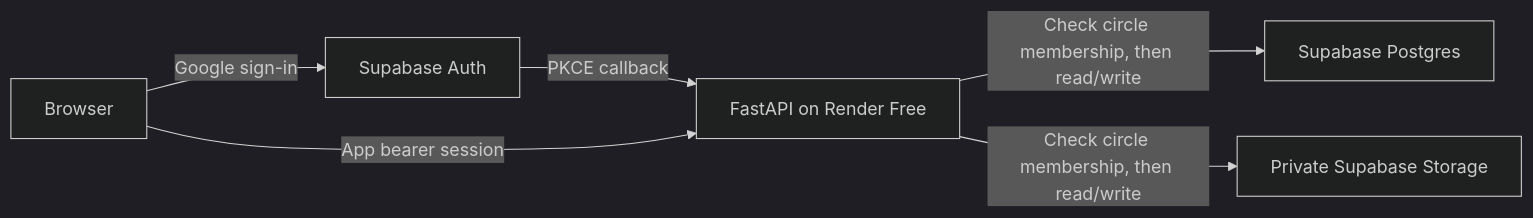
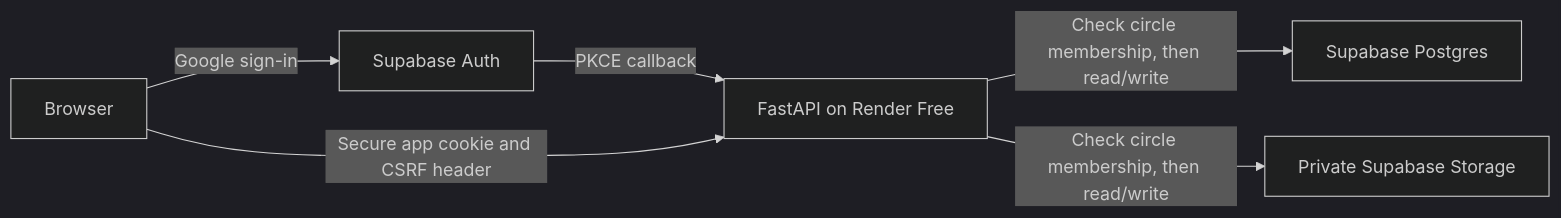
One commit to npai96/family_tree changed the diagram in docs/DEPLOY_FREE_DEMO.md. Above: the diagram before and after it, drawn with Mermaid (dark theme). The commit also changed other lines of this file and 33 other files, not shown here.

````diff
--- a/docs/DEPLOY_FREE_DEMO.md
+++ b/docs/DEPLOY_FREE_DEMO.md
@@ -5,8 +5,8 @@
 ```mermaid
 flowchart LR
     Browser -->|Google sign-in| Auth[Supabase Auth]
     Auth -->|PKCE callback| API[FastAPI on Render Free]
-    Browser -->|App bearer session| API
+    Browser -->|Secure app cookie and CSRF header| API
     API -->|Check circle membership, then read/write| DB[Supabase Postgres]
     API -->|Check circle membership, then read/write| Storage[Private Supabase Storage]
 ```
````
